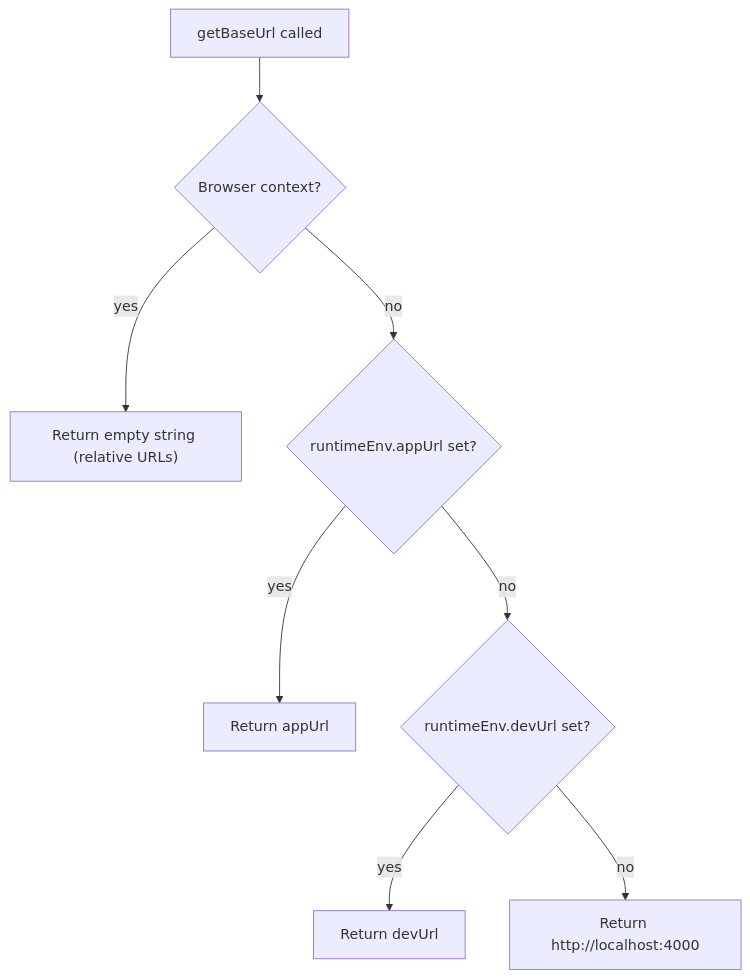
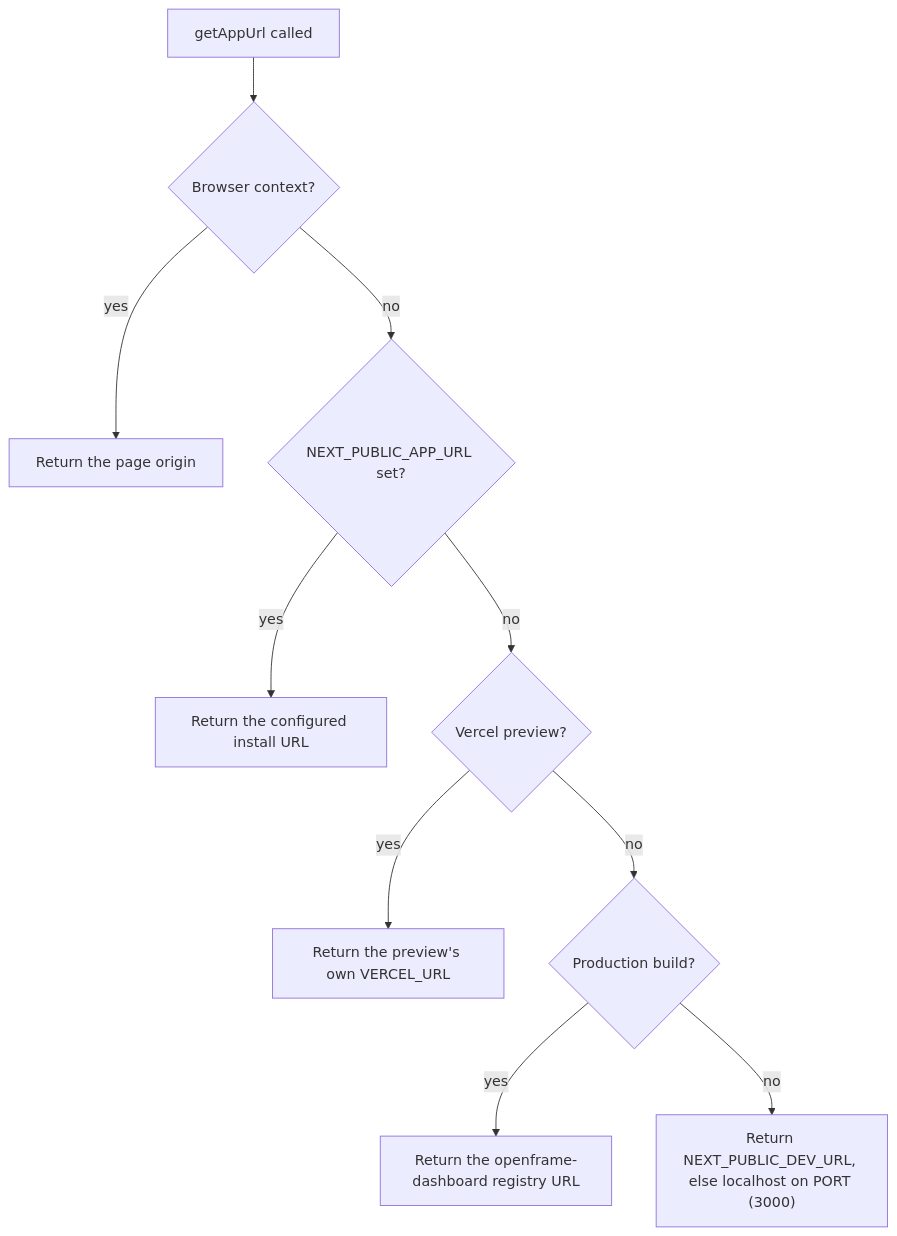
One commit to flamingo-stack/openframe-oss-frontend changed the diagram in src/lib/.utils.md. Above: the diagram before and after it, drawn with Mermaid. The commit also changed other lines of this file and 10 other files, not shown here.

Commit message:
refactor(urls): the app URL comes from openframe-frontend-core's getDeploymentUrl [preview:none]

````diff
--- a/src/lib/.utils.md
+++ b/src/lib/.utils.md
@@ -13,10 +12,12 @@
 ```mermaid
 graph TD
-    A["getBaseUrl called"] --> B{"Browser context?"}
-    B -->|yes| C["Return empty string (relative URLs)"]
-    B -->|no| D{"runtimeEnv.appUrl set?"}
-    D -->|yes| E["Return appUrl"]
-    D -->|no| F{"runtimeEnv.devUrl set?"}
-    F -->|yes| G["Return devUrl"]
-    F -->|no| H["Return http://localhost:4000"]
+    A["getAppUrl called"] --> B{"Browser context?"}
+    B -->|yes| C["Return the page origin"]
+    B -->|no| D{"NEXT_PUBLIC_APP_URL set?"}
+    D -->|yes| E["Return the configured install URL"]
+    D -->|no| F{"Vercel preview?"}
+    F -->|yes| G["Return the preview's own VERCEL_URL"]
+    F -->|no| H{"Production build?"}
+    H -->|yes| I["Return the openframe-dashboard registry URL"]
+    H -->|no| J["Return NEXT_PUBLIC_DEV_URL, else localhost on PORT (3000)"]
 ```
````
